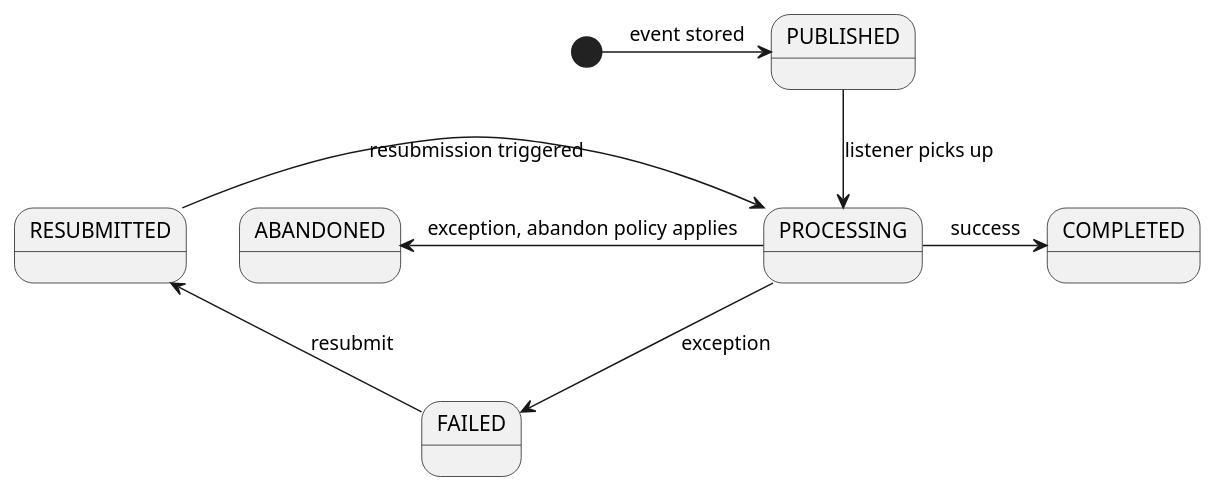
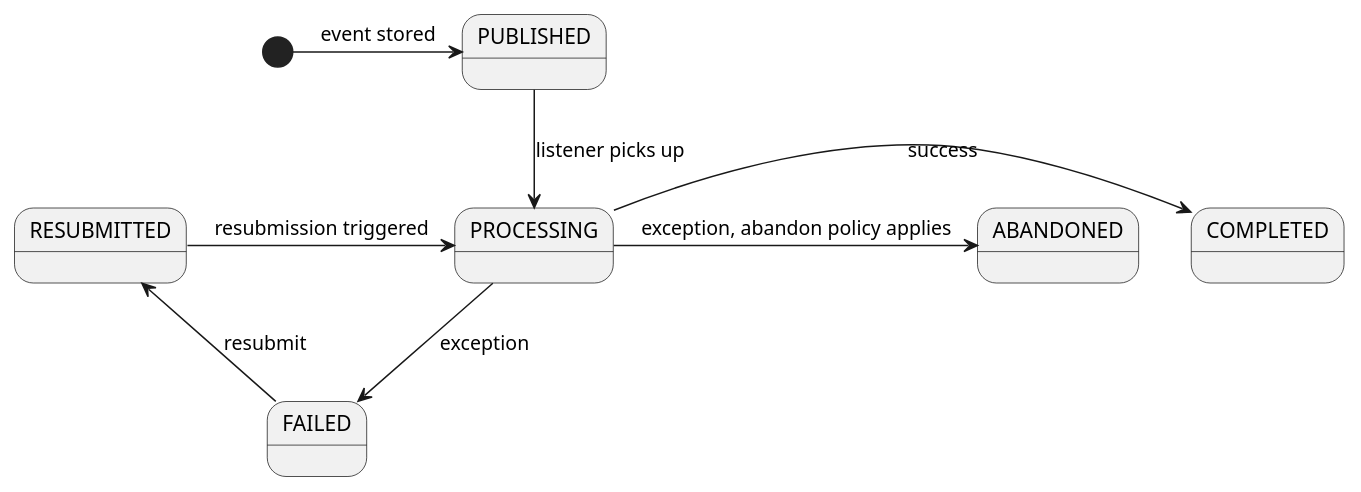
One commit to spring-projects/spring-modulith changed the diagram in src/docs/antora/modules/ROOT/pages/events.adoc. Above: the diagram before and after it, drawn with PlantUML.

Commit message:
GH-1764 - Polish state diagram in reference docs.

```diff
--- a/src/docs/antora/modules/ROOT/pages/events.adoc
+++ b/src/docs/antora/modules/ROOT/pages/events.adoc
@@ -234,19 +234,19 @@
 [plantuml, event-publication-lifecycle, format='svg']
 ....
 @startuml
 state PUBLISHED
 state PROCESSING
 state COMPLETED
 state FAILED
 state RESUBMITTED
 state ABANDONED
 
 [*] -right-> PUBLISHED : event stored
 PUBLISHED -down-> PROCESSING : listener picks up
 PROCESSING -right-> COMPLETED : success
 PROCESSING -down-> FAILED : exception
-PROCESSING -left-> ABANDONED : exception, abandon policy applies
+PROCESSING -right-> ABANDONED : exception, abandon policy applies
 FAILED -left-> RESUBMITTED : resubmit
 RESUBMITTED -right-> PROCESSING : resubmission triggered
 @enduml
 ....
```
